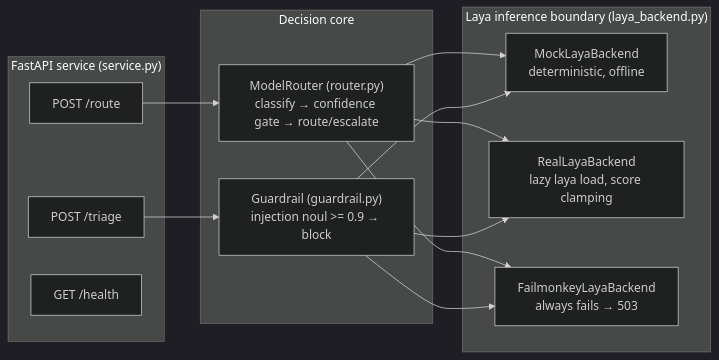
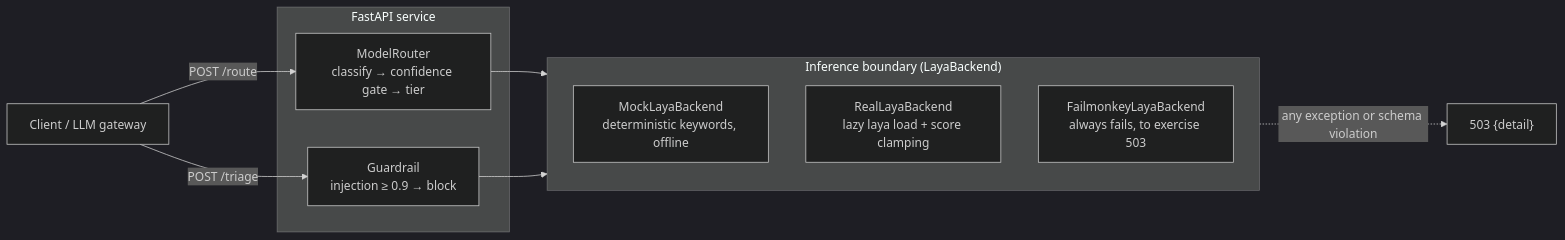
The first of 2 diagrams in README.md (MiguelCarrascoB/laya-router), drawn with Mermaid (dark theme) before and after one commit. The commit also changed other lines of this file and 5 other files, not shown here.

````diff
--- a/README.md
+++ b/README.md
@@ -7,21 +31,17 @@
 ```mermaid
 flowchart LR
-    subgraph api["FastAPI service (service.py)"]
-        ROUTE["POST /route"]
-        TRIAGE["POST /triage"]
-        HEALTH["GET /health"]
+    C[Client / LLM gateway] -->|POST /route| R
+    C -->|POST /triage| G
+    subgraph svc["FastAPI service"]
+        R["ModelRouter<br/>classify → confidence gate → tier"]
+        G["Guardrail<br/>injection ≥ 0.9 → block"]
     end
-    subgraph core["Decision core"]
-        ROUTER["ModelRouter (router.py)<br/>classify → confidence gate → route/escalate"]
-        GUARD["Guardrail (guardrail.py)<br/>injection noul >= 0.9 → block"]
+    subgraph b["Inference boundary (LayaBackend)"]
+        M["MockLayaBackend<br/>deterministic keywords, offline"]
+        L["RealLayaBackend<br/>lazy laya load + score clamping"]
+        F["FailmonkeyLayaBackend<br/>always fails, to exercise 503"]
     end
-    subgraph boundary["Laya inference boundary (laya_backend.py)"]
-        MOCK["MockLayaBackend<br/>deterministic, offline"]
-        REAL["RealLayaBackend<br/>lazy laya load, score clamping"]
-        FAIL["FailmonkeyLayaBackend<br/>always fails → 503"]
-    end
-    ROUTE --> ROUTER
-    TRIAGE --> GUARD
-    ROUTER --> MOCK & REAL & FAIL
-    GUARD --> MOCK & REAL & FAIL
+    R --> b
+    G --> b
+    b -. "any exception or schema violation" .-> E["503 {detail}"]
 ```
````
